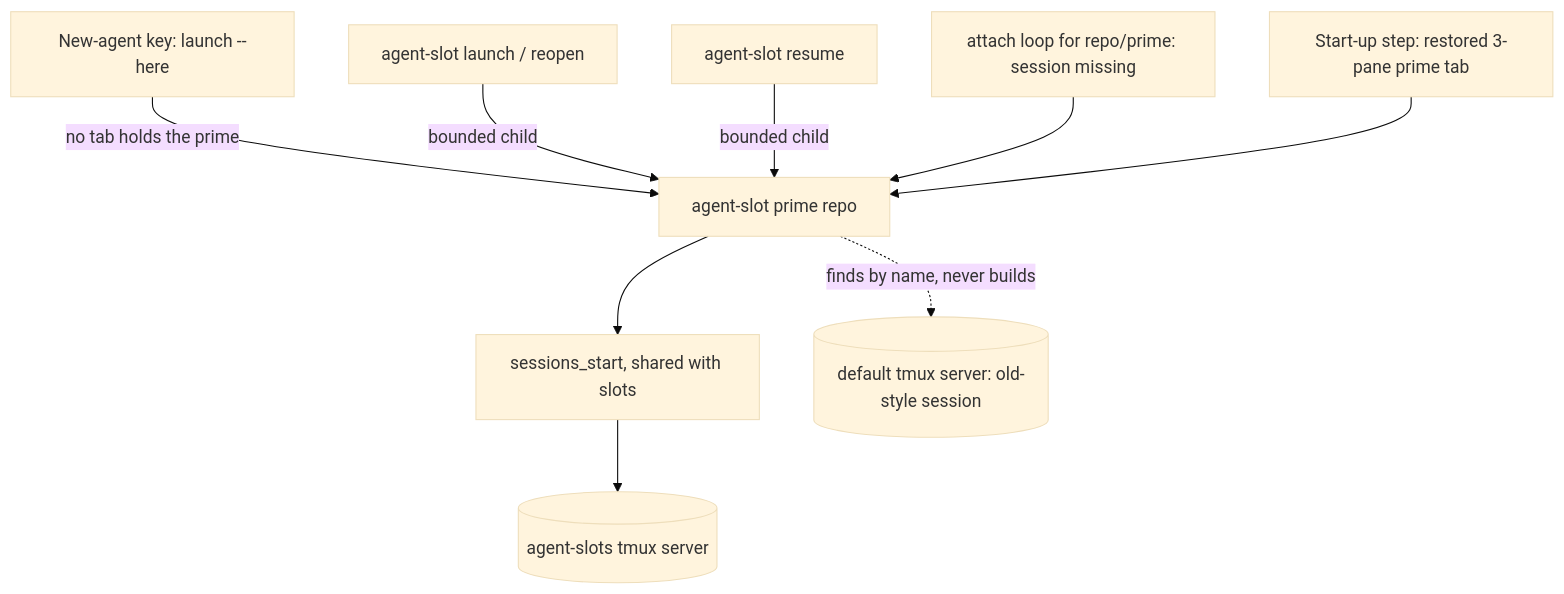
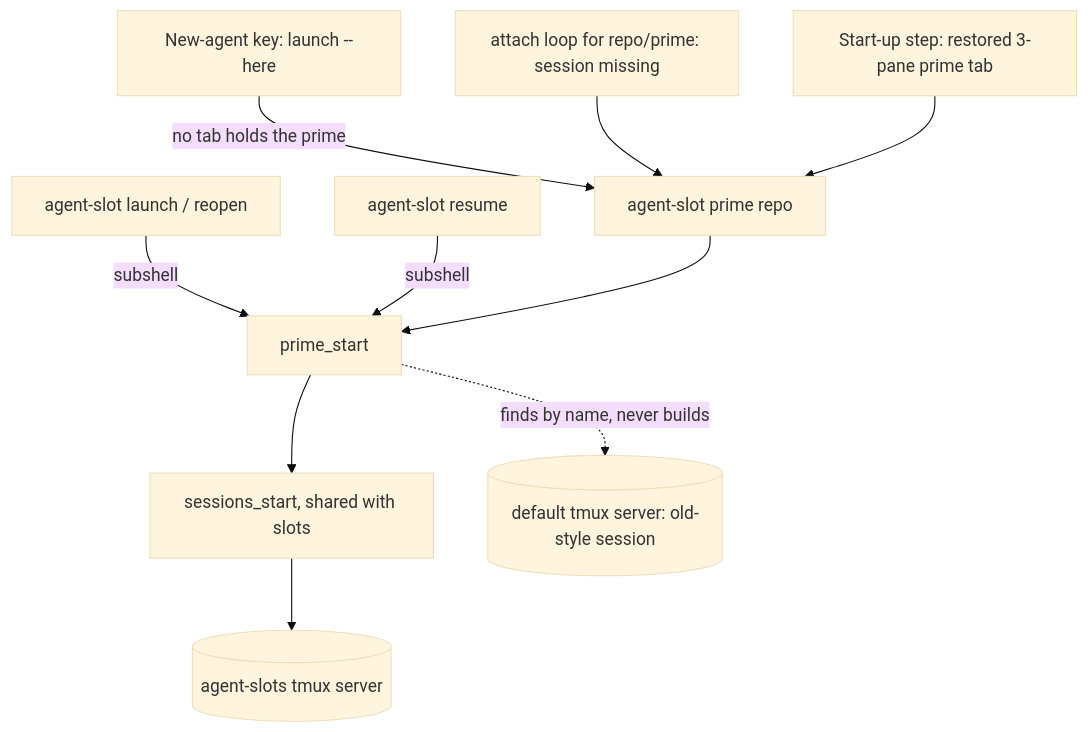
One commit to brettdavies/dotfiles changed the first of 3 diagrams in docs/plans/2026-11-03-2116-feat-prime-as-slot-plan.md. Above: the diagram before and after it, drawn with Mermaid (base theme). The commit also changed other lines of this file, not shown here.

First line of the commit message:
docs(plans): record the engineering review of the prime plan

````diff
--- a/docs/plans/2026-11-03-2116-feat-prime-as-slot-plan.md
+++ b/docs/plans/2026-11-03-2116-feat-prime-as-slot-plan.md
@@ -271,11 +289,12 @@
 ```mermaid
 flowchart TB
   key[New-agent key: launch --here] -->|no tab holds the prime| verb
-  launch[agent-slot launch / reopen] -->|bounded child| verb
-  resume[agent-slot resume] -->|bounded child| verb
+  launch[agent-slot launch / reopen] -->|subshell| start_fn
+  resume[agent-slot resume] -->|subshell| start_fn
   loop[attach loop for repo/prime: session missing] --> verb
   start[Start-up step: restored 3-pane prime tab] --> verb
-  verb[agent-slot prime repo] --> builder[sessions_start, shared with slots]
+  verb[agent-slot prime repo] --> start_fn[prime_start]
+  start_fn --> builder[sessions_start, shared with slots]
   builder --> tmux[(agent-slots tmux server)]
-  verb -. finds by name, never builds .-> old[(default tmux server: old-style session)]
+  start_fn -. finds by name, never builds .-> old[(default tmux server: old-style session)]
 ```
````
